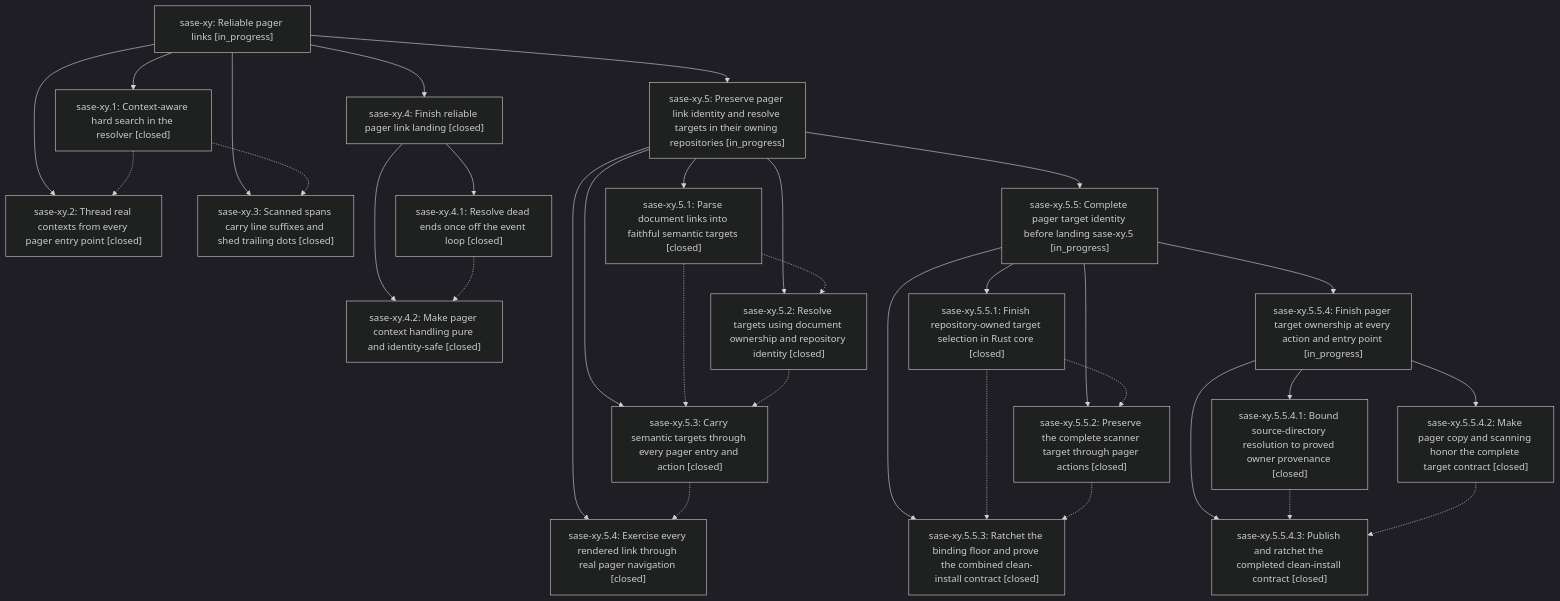
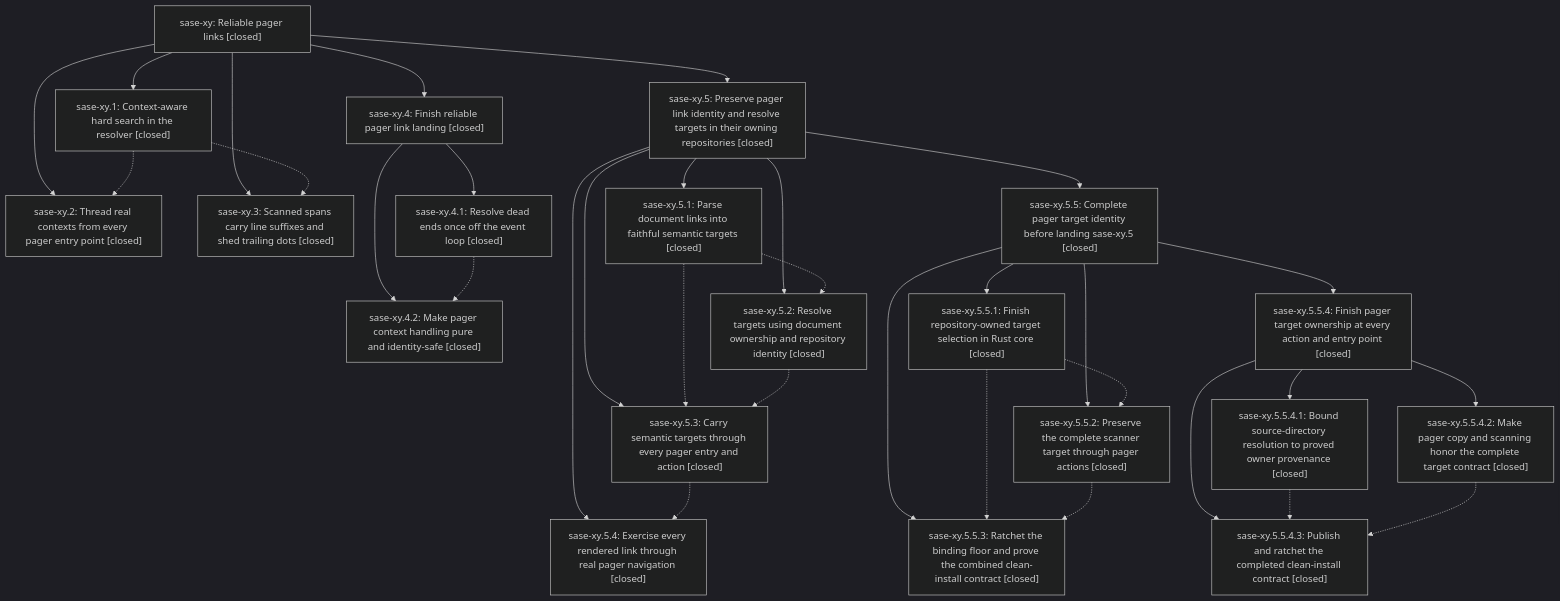
One commit to sase-org/sase--beads changed the diagram in pages/sase-xy/README.md. Above: the diagram before and after it, drawn with Mermaid (dark theme). The commit also changed other lines of this file and 3 other files, not shown here.

````diff
--- a/pages/sase-xy/README.md
+++ b/pages/sase-xy/README.md
@@ -42,54 +44,54 @@
 ```mermaid
 flowchart TD
-    n0["sase-xy: Reliable pager links [in_progress]"]
+    n0["sase-xy: Reliable pager links [closed]"]
     n1["sase-xy.1: Context-aware hard search in the resolver [closed]"]
     n2["sase-xy.2: Thread real contexts from every pager entry point [closed]"]
     n3["sase-xy.3: Scanned spans carry line suffixes and shed trailing dots [closed]"]
     n4["sase-xy.4: Finish reliable pager link landing [closed]"]
     n5["sase-xy.4.1: Resolve dead ends once off the event loop [closed]"]
     n6["sase-xy.4.2: Make pager context handling pure and identity-safe [closed]"]
-    n7["sase-xy.5: Preserve pager link identity and resolve targets in their owning repositories [in_progress]"]
+    n7["sase-xy.5: Preserve pager link identity and resolve targets in their owning repositories [closed]"]
     n8["sase-xy.5.1: Parse document links into faithful semantic targets [closed]"]
     n9["sase-xy.5.2: Resolve targets using document ownership and repository identity [closed]"]
     n10["sase-xy.5.3: Carry semantic targets through every pager entry and action [closed]"]
     n11["sase-xy.5.4: Exercise every rendered link through real pager navigation [closed]"]
-    n12["sase-xy.5.5: Complete pager target identity before landing sase-xy.5 [in_progress]"]
+    n12["sase-xy.5.5: Complete pager target identity before landing sase-xy.5 [closed]"]
     n13["sase-xy.5.5.1: Finish repository-owned target selection in Rust core [closed]"]
     n14["sase-xy.5.5.2: Preserve the complete scanner target through pager actions [closed]"]
     n15["sase-xy.5.5.3: Ratchet the binding floor and prove the combined clean-install contract [closed]"]
-    n16["sase-xy.5.5.4: Finish pager target ownership at every action and entry point [in_progress]"]
+    n16["sase-xy.5.5.4: Finish pager target ownership at every action and entry point [closed]"]
     n17["sase-xy.5.5.4.1: Bound source-directory resolution to proved owner provenance [closed]"]
     n18["sase-xy.5.5.4.2: Make pager copy and scanning honor the complete target contract [closed]"]
     n19["sase-xy.5.5.4.3: Publish and ratchet the completed clean-install contract [closed]"]
     n0 --> n1
     n0 --> n2
     n0 --> n3
     n0 --> n4
     n4 --> n5
     n4 --> n6
     n0 --> n7
     n7 --> n8
     n7 --> n9
     n7 --> n10
     n7 --> n11
     n7 --> n12
     n12 --> n13
     n12 --> n14
     n12 --> n15
     n12 --> n16
     n16 --> n17
     n16 --> n18
     n16 --> n19
     n1 -.-> n2
     n1 -.-> n3
     n5 -.-> n6
     n8 -.-> n9
     n8 -.-> n10
     n9 -.-> n10
     n10 -.-> n11
     n13 -.-> n14
     n13 -.-> n15
     n14 -.-> n15
     n17 -.-> n19
     n18 -.-> n19
 ```
````
